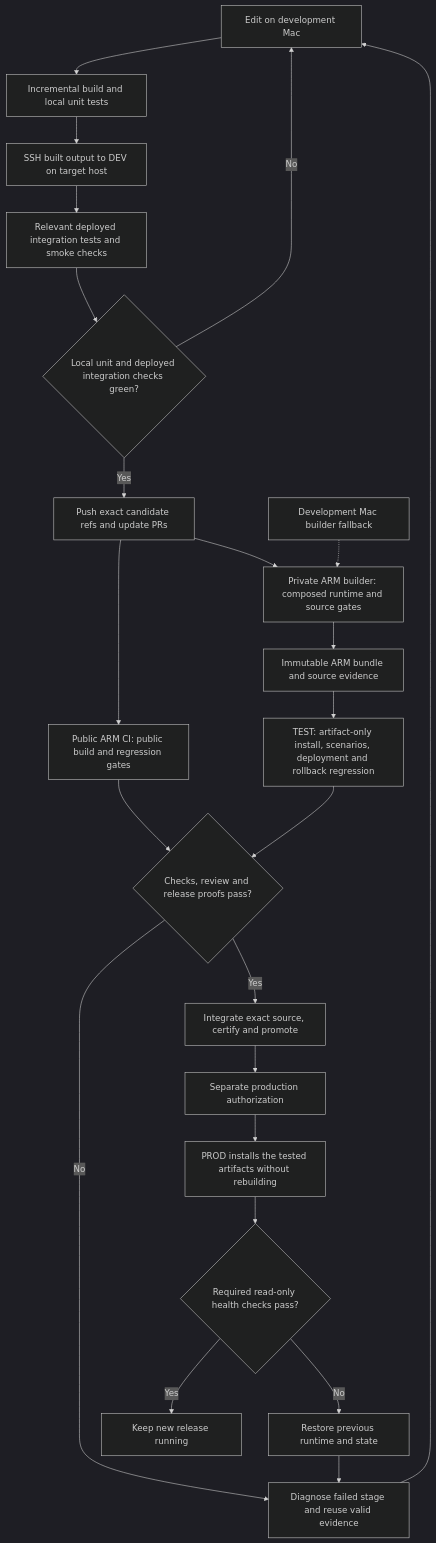
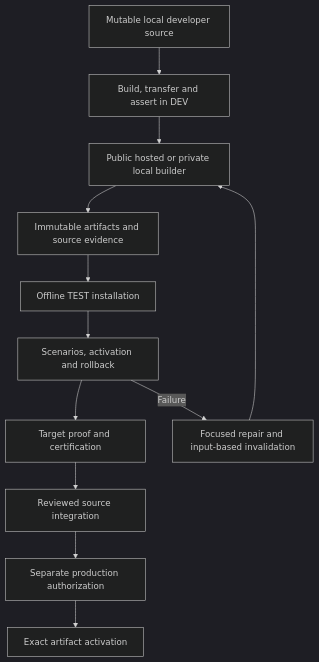
Before and after one commit to coletaylor788/puddles: the second of 2 diagrams in docs/plans/039-development-delivery-master.md, drawn with Mermaid (dark theme). The commit also changed other lines of this file and 1 other file, not shown here.

````diff
--- a/docs/plans/039-development-delivery-master.md
+++ b/docs/plans/039-development-delivery-master.md
@@ -278,27 +202,14 @@
 ```mermaid
 flowchart TD
-    Edit["Edit on development Mac"] --> Local["Incremental build and local unit tests"]
-    Local --> Dev["SSH built output to DEV on target host"]
-    Dev --> Smoke["Relevant deployed integration tests and smoke checks"]
-    Smoke --> Ready{"Local unit and deployed integration checks green?"}
-    Ready -->|No| Edit
-    Ready -->|Yes| Push["Push exact candidate refs and update PRs"]
-
-    Push --> Public["Public ARM CI: public build and regression gates"]
-    Push --> Private["Private ARM builder: composed runtime and source gates"]
-    Fallback["Development Mac builder fallback"] -.-> Private
-    Private --> Bundle["Immutable ARM bundle and source evidence"]
-    Bundle --> Test["TEST: artifact-only install, scenarios, deployment and rollback regression"]
-
-    Public --> Gates{"Checks, review and release proofs pass?"}
-    Test --> Gates
-    Gates -->|No| Diagnose["Diagnose failed stage and reuse valid evidence"]
-    Diagnose --> Edit
-    Gates -->|Yes| Integrate["Integrate exact source, certify and promote"]
-    Integrate --> Authorize["Separate production authorization"]
-    Authorize --> Prod["PROD installs the tested artifacts without rebuilding"]
-    Prod --> Health{"Required read-only health checks pass?"}
-    Health -->|Yes| Keep["Keep new release running"]
-    Health -->|No| Restore["Restore previous runtime and state"]
-    Restore --> Diagnose
+    Edit["Mutable local developer source"] --> Dev["Build, transfer and assert in DEV"]
+    Dev --> Builder["Public hosted or private local builder"]
+    Builder --> Bundle["Immutable artifacts and source evidence"]
+    Bundle --> Install["Offline TEST installation"]
+    Install --> Rehearse["Scenarios, activation and rollback"]
+    Rehearse --> Proof["Target proof and certification"]
+    Proof --> Merge["Reviewed source integration"]
+    Merge --> Approval["Separate production authorization"]
+    Approval --> Production["Exact artifact activation"]
+    Rehearse -->|Failure| Repair["Focused repair and input-based invalidation"]
+    Repair --> Builder
 ```
````
